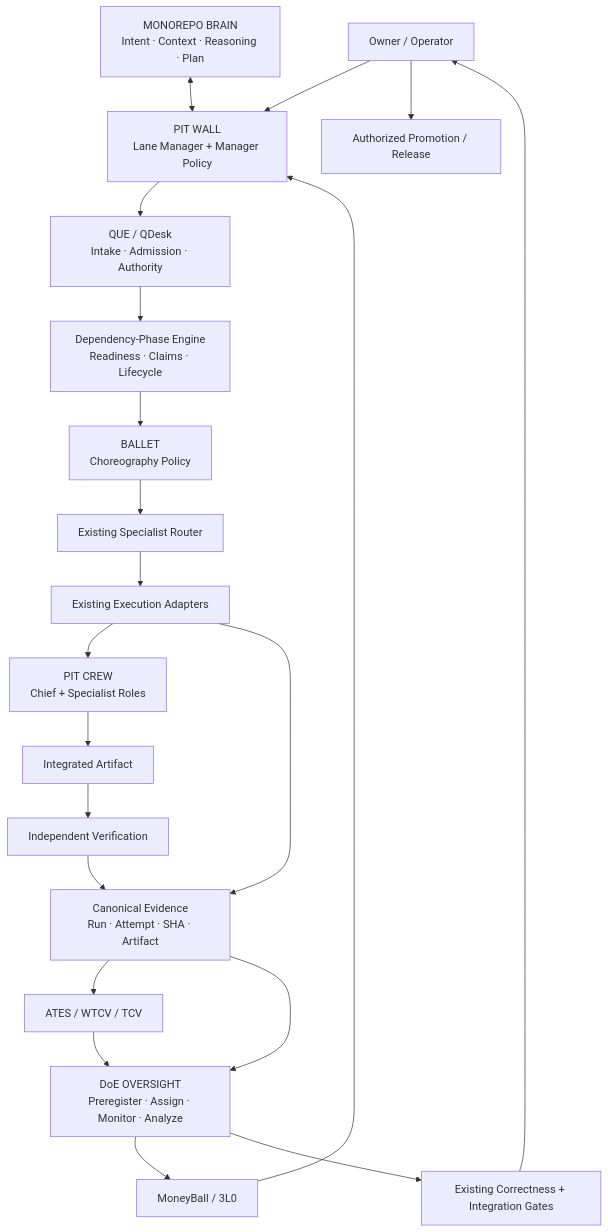
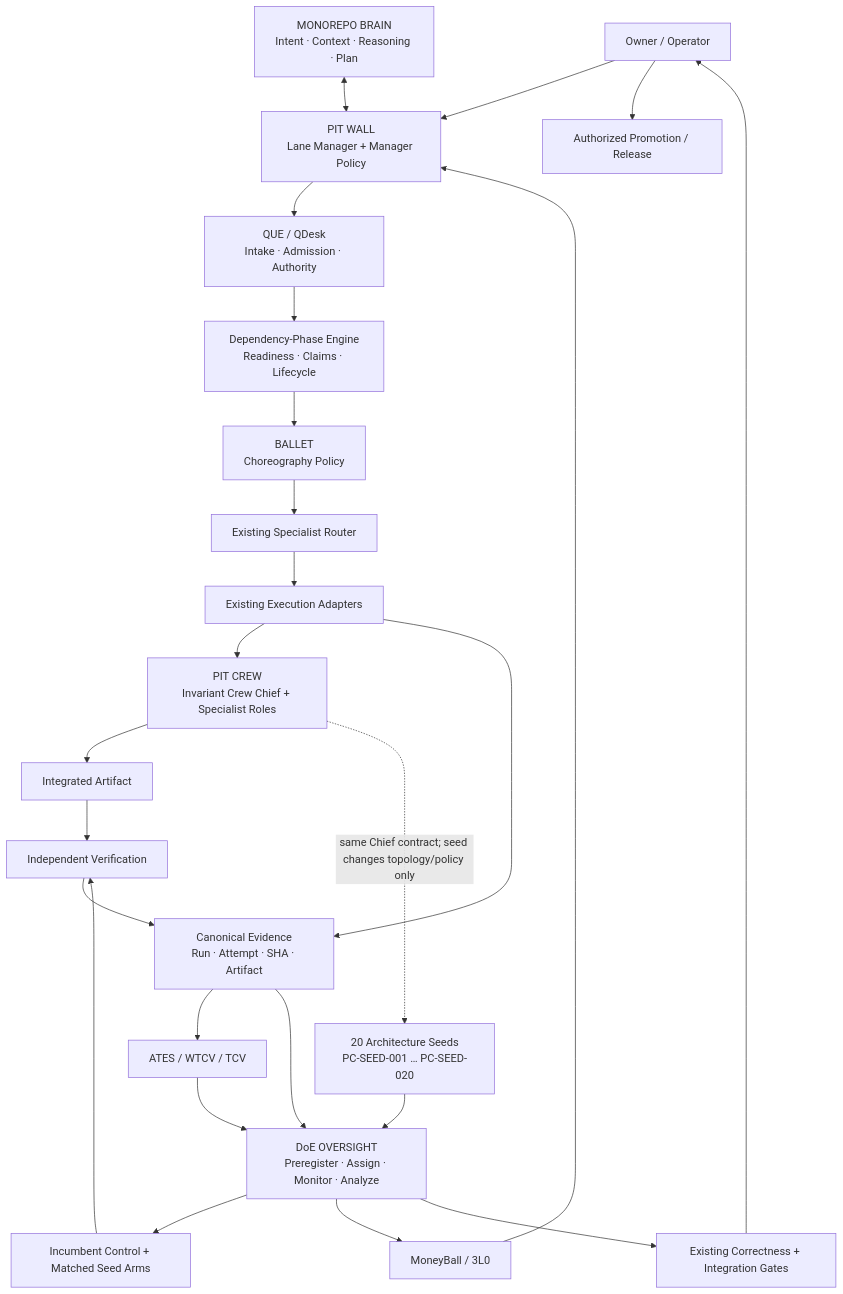
The diagram in docs/architecture/PIT-CREW-DOE-OVERSIGHT.mmd (timerloggedout-spec/termux-monorepo), drawn with Mermaid before and after one commit.

Commit message:
docs(pit-crew): illustrate 20-seed tournament topology

```diff
--- a/docs/architecture/PIT-CREW-DOE-OVERSIGHT.mmd
+++ b/docs/architecture/PIT-CREW-DOE-OVERSIGHT.mmd
@@ -1,21 +1,25 @@
 flowchart TB
   OWNER["Owner / Operator"] --> WALL["PIT WALL<br/>Lane Manager + Manager Policy"]
   BRAIN["MONOREPO BRAIN<br/>Intent · Context · Reasoning · Plan"] <--> WALL
   WALL --> QUE["QUE / QDesk<br/>Intake · Admission · Authority"]
   QUE --> PHASE["Dependency-Phase Engine<br/>Readiness · Claims · Lifecycle"]
   PHASE --> BALLET["BALLET<br/>Choreography Policy"]
   BALLET --> ROUTER["Existing Specialist Router"]
   ROUTER --> ADAPTERS["Existing Execution Adapters"]
-  ADAPTERS --> CREW["PIT CREW<br/>Chief + Specialist Roles"]
+  ADAPTERS --> CREW["PIT CREW<br/>Invariant Crew Chief + Specialist Roles"]
   CREW --> RESULT["Integrated Artifact"]
   RESULT --> VERIFY["Independent Verification"]
   VERIFY --> EVIDENCE["Canonical Evidence<br/>Run · Attempt · SHA · Artifact"]
   ADAPTERS --> EVIDENCE
   EVIDENCE --> ATES["ATES / WTCV / TCV"]
   EVIDENCE --> DOE["DoE OVERSIGHT<br/>Preregister · Assign · Monitor · Analyze"]
   ATES --> DOE
+  SEEDS["20 Architecture Seeds<br/>PC-SEED-001 … PC-SEED-020"] --> DOE
+  CREW -. "same Chief contract; seed changes topology/policy only" .-> SEEDS
+  DOE --> CONTROL["Incumbent Control + Matched Seed Arms"]
+  CONTROL --> VERIFY
   DOE --> SCORE["MoneyBall / 3L0"]
   SCORE --> WALL
   DOE --> GATES["Existing Correctness + Integration Gates"]
   GATES --> OWNER
   OWNER --> PROMOTE["Authorized Promotion / Release"]
```
